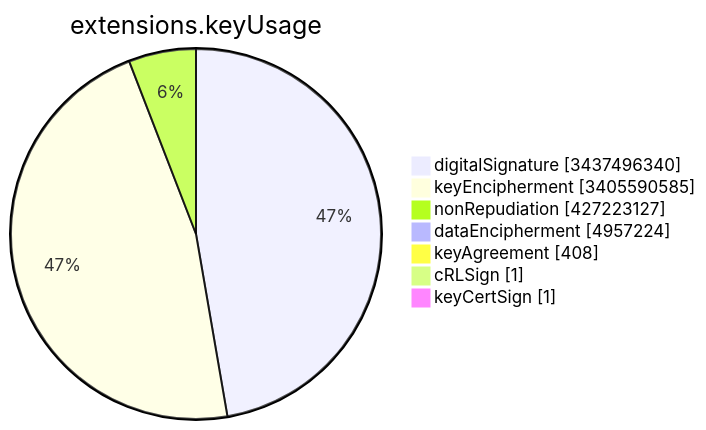
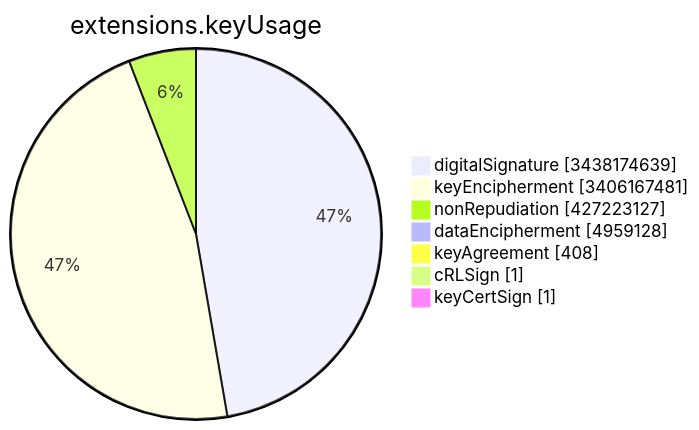
The sixth of 15 diagrams in TOTAL/README.md (christiankrug/ctmonitor_visualization), drawn with Mermaid before and after one commit. The commit also changed other lines of this file, not shown here.

````diff
--- a/TOTAL/README.md
+++ b/TOTAL/README.md
@@ -3081,11 +3081,11 @@
 ```mermaid
 pie showData
 title extensions.keyUsage
-"digitalSignature" :3437496340
-"keyEncipherment" :3405590585
+"digitalSignature" :3438174639
+"keyEncipherment" :3406167481
 "nonRepudiation" :427223127
-"dataEncipherment" :4957224
+"dataEncipherment" :4959128
 "keyAgreement" :408
 "cRLSign" :1
 "keyCertSign" :1
 ```
````
